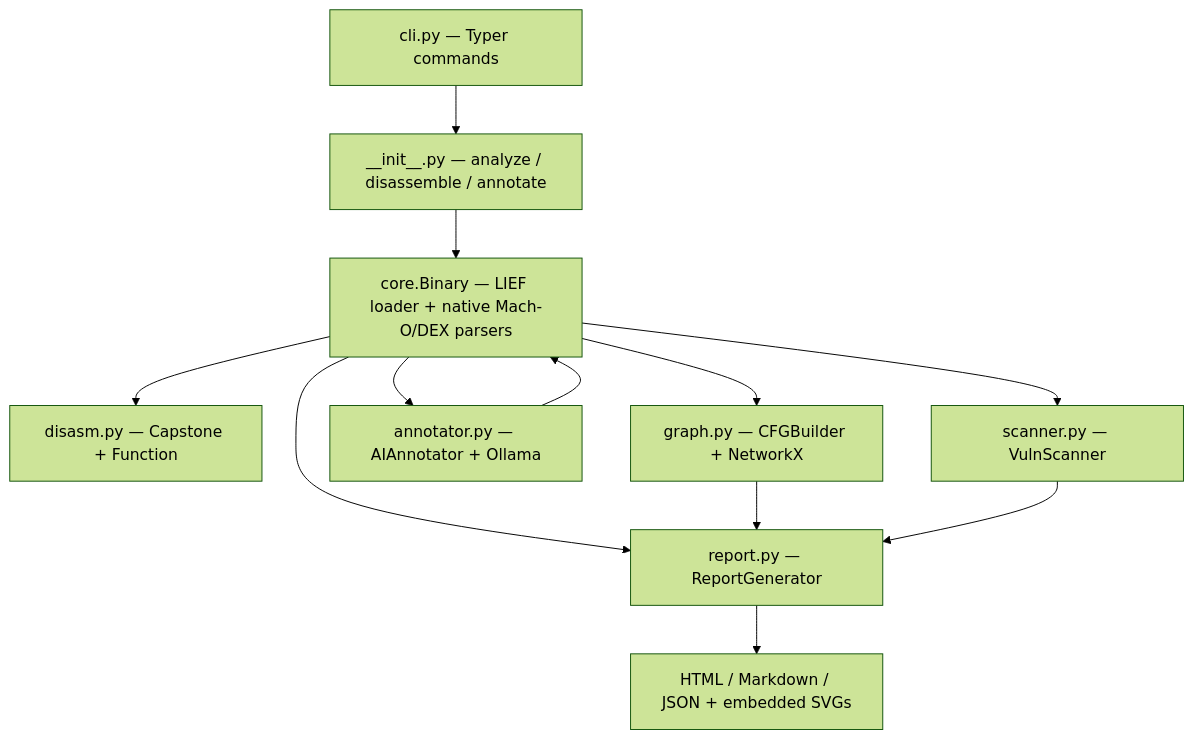
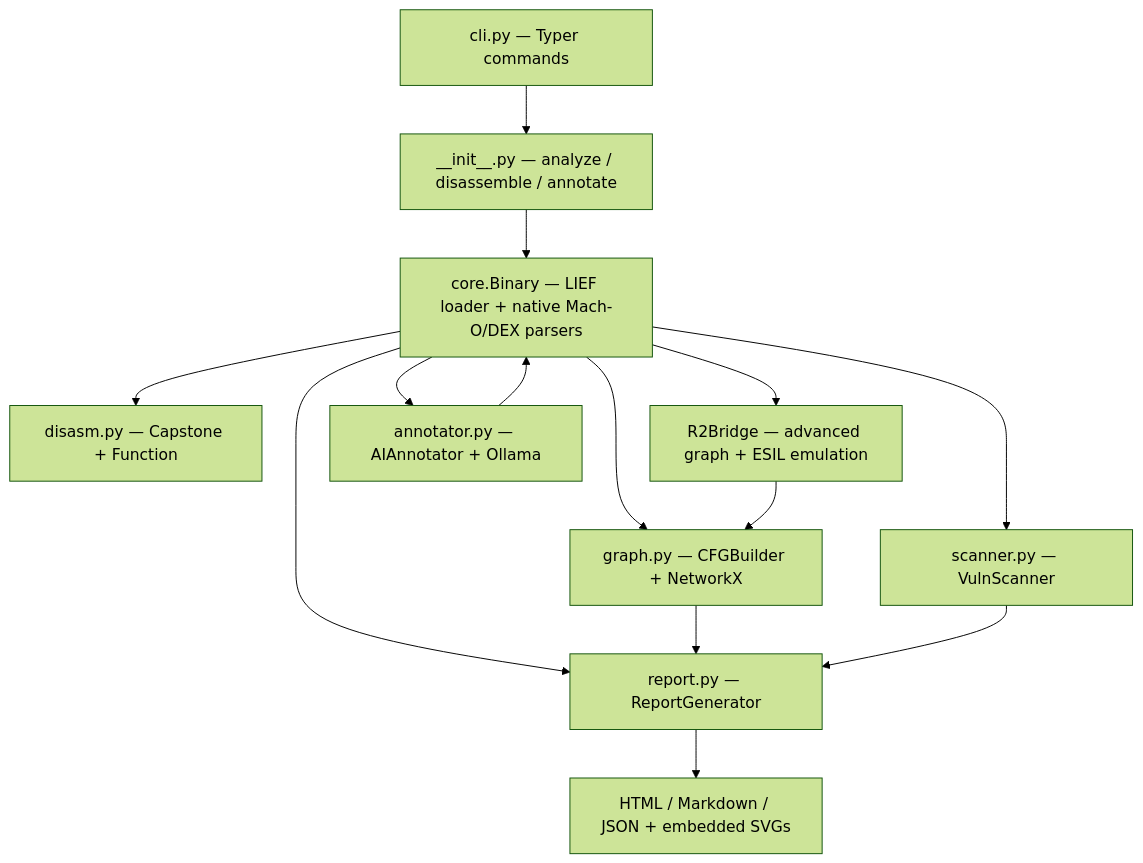
The diagram in README.md (ajendras/ReverseKit), drawn with Mermaid (forest theme) before and after one commit. The commit also changed other lines of this file and 5 other files, not shown here.

Commit message:
feat(bridge): radare2 bridge for advanced graph and emulation

````diff
--- a/README.md
+++ b/README.md
@@ -195,14 +221,16 @@
 ```mermaid
 flowchart TD
     CLI[cli.py — Typer commands] --> API[__init__.py — analyze / disassemble / annotate]
     API --> Binary[core.Binary — LIEF loader + native Mach-O/DEX parsers]
     Binary --> Disasm[disasm.py — Capstone + Function]
+    Binary --> R2[R2Bridge — advanced graph + ESIL emulation]
     Binary --> Scanner[scanner.py — VulnScanner]
     Binary --> Annotator[annotator.py — AIAnnotator + Ollama]
     Annotator --> Binary
     Binary --> Graph[graph.py — CFGBuilder + NetworkX]
     Binary --> Report[report.py — ReportGenerator]
+    R2 --> Graph
     Graph --> Report
     Scanner --> Report
     Report --> Outputs[HTML / Markdown / JSON + embedded SVGs]
 ```
````
